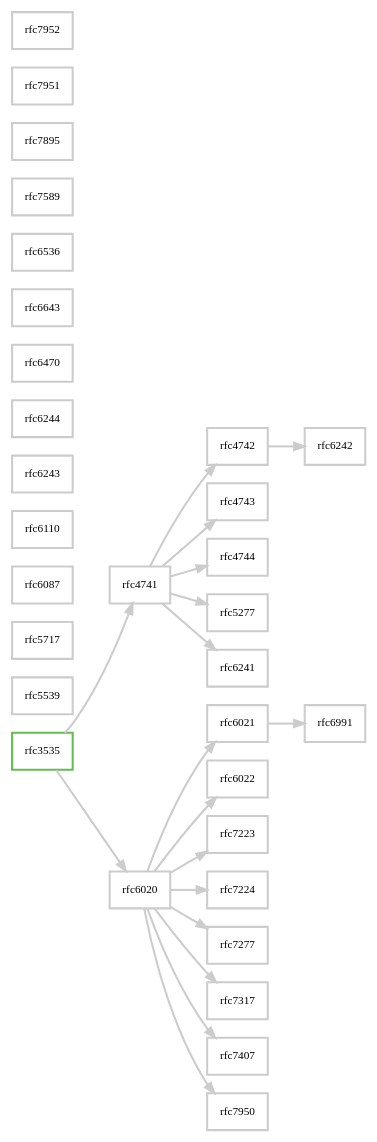
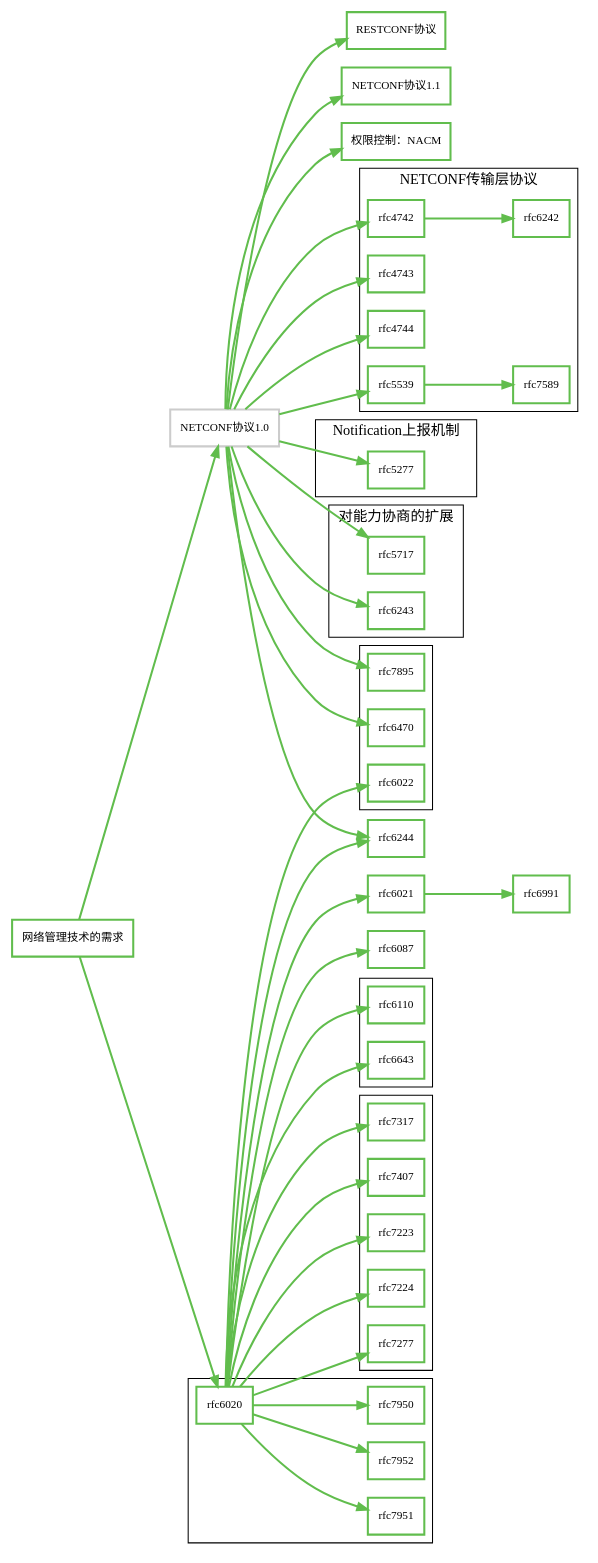
One commit to peipeiguo/netconf-roadmap changed the diagram in dot/netconf-roadmap.dot. Above: the diagram before and after it, drawn with Graphviz.

Commit message:
update the content

```diff
--- a/dot/netconf-roadmap.dot
+++ b/dot/netconf-roadmap.dot
@@ -1,53 +1,131 @@
 digraph roadmap {
     rankdir=LR;
+    charset="UTF-8";
+    node [shape=rectangle, fontname="SimSun"]; /* size="20,20" */
     /*dpi=400;*/
-    rfc3535 [shape=rectangle, href="https://tools.ietf.org/html/rfc3535", fontsize=11, color="#61BD4D", label="rfc3535", penwidth=2];
-    rfc4741 [shape=rectangle, href="https://tools.ietf.org/html/rfc4741", fontsize=11, color="#cccccc", label="rfc4741", penwidth=2];
-    rfc4742 [shape=rectangle, href="https://tools.ietf.org/html/rfc4742", fontsize=11, color="#cccccc", label="rfc4742", penwidth=2];
-    rfc4743 [shape=rectangle, href="https://tools.ietf.org/html/rfc4743", fontsize=11, color="#cccccc", label="rfc4743", penwidth=2];
-    rfc4744 [shape=rectangle, href="https://tools.ietf.org/html/rfc4744", fontsize=11, color="#cccccc", label="rfc4744", penwidth=2];
-    rfc5277 [shape=rectangle, href="https://tools.ietf.org/html/rfc5277", fontsize=11, color="#cccccc", label="rfc5277", penwidth=2];
-    rfc5539 [shape=rectangle, href="https://tools.ietf.org/html/rfc5539", fontsize=11, color="#cccccc", label="rfc5539", penwidth=2];
-    rfc5717 [shape=rectangle, href="https://tools.ietf.org/html/rfc5717", fontsize=11, color="#cccccc", label="rfc5717", penwidth=2];    
-    rfc6020 [shape=rectangle, href="https://tools.ietf.org/html/rfc6020", fontsize=11, color="#cccccc", label="rfc6020", penwidth=2];
-    rfc6021 [shape=rectangle, href="https://tools.ietf.org/html/rfc6021", fontsize=11, color="#cccccc", label="rfc6021", penwidth=2];
-    rfc6022 [shape=rectangle, href="https://tools.ietf.org/html/rfc6022", fontsize=11, color="#cccccc", label="rfc6022", penwidth=2];
-    rfc6087 [shape=rectangle, href="https://tools.ietf.org/html/rfc6087", fontsize=11, color="#cccccc", label="rfc6087", penwidth=2];
-    rfc6110 [shape=rectangle, href="https://tools.ietf.org/html/rfc6110", fontsize=11, color="#cccccc", label="rfc6110", penwidth=2];    
-    rfc6241 [shape=rectangle, href="https://tools.ietf.org/html/rfc6241", fontsize=11, color="#cccccc", label="rfc6241", penwidth=2];
-    rfc6242 [shape=rectangle, href="https://tools.ietf.org/html/rfc6242", fontsize=11, color="#cccccc", label="rfc6242", penwidth=2];
-    rfc6243 [shape=rectangle, href="https://tools.ietf.org/html/rfc6243", fontsize=11, color="#cccccc", label="rfc6243", penwidth=2];
-    rfc6244 [shape=rectangle, href="https://tools.ietf.org/html/rfc6244", fontsize=11, color="#cccccc", label="rfc6244", penwidth=2];
-    rfc6470 [shape=rectangle, href="https://tools.ietf.org/html/rfc6470", fontsize=11, color="#cccccc", label="rfc6470", penwidth=2];
-    rfc6643 [shape=rectangle, href="https://tools.ietf.org/html/rfc6643", fontsize=11, color="#cccccc", label="rfc6643", penwidth=2];
-    rfc6536 [shape=rectangle, href="https://tools.ietf.org/html/rfc6536", fontsize=11, color="#cccccc", label="rfc6536", penwidth=2];
-    rfc6991 [shape=rectangle, href="https://tools.ietf.org/html/rfc6991", fontsize=11, color="#cccccc", label="rfc6991", penwidth=2];
-    rfc7223 [shape=rectangle, href="https://tools.ietf.org/html/rfc7223", fontsize=11, color="#cccccc", label="rfc7223", penwidth=2];
-    rfc7224 [shape=rectangle, href="https://tools.ietf.org/html/rfc7224", fontsize=11, color="#cccccc", label="rfc7224", penwidth=2];
-    rfc7277 [shape=rectangle, href="https://tools.ietf.org/html/rfc7277", fontsize=11, color="#cccccc", label="rfc7277", penwidth=2];
-    rfc7317 [shape=rectangle, href="https://tools.ietf.org/html/rfc7317", fontsize=11, color="#cccccc", label="rfc7317", penwidth=2];
-    rfc7407 [shape=rectangle, href="https://tools.ietf.org/html/rfc7407", fontsize=11, color="#cccccc", label="rfc7407", penwidth=2];
-    rfc7589 [shape=rectangle, href="https://tools.ietf.org/html/rfc7589", fontsize=11, color="#cccccc", label="rfc7589", penwidth=2];
-    rfc7895 [shape=rectangle, href="https://tools.ietf.org/html/rfc7895", fontsize=11, color="#cccccc", label="rfc7895", penwidth=2];
-    rfc7950 [shape=rectangle, href="https://tools.ietf.org/html/rfc7950", fontsize=11, color="#cccccc", label="rfc7950", penwidth=2];
-    rfc7951 [shape=rectangle, href="https://tools.ietf.org/html/rfc7951", fontsize=11, color="#cccccc", label="rfc7951", penwidth=2];
-    rfc7952 [shape=rectangle, href="https://tools.ietf.org/html/rfc7952", fontsize=11, color="#cccccc", label="rfc7952", penwidth=2];
+    rfc3535 [shape=rectangle, href="https://tools.ietf.org/html/rfc3535", fontsize=11, color="#61BD4D", label="网络管理技术的需求", penwidth=2];
+    rfc4741 [shape=rectangle, href="https://tools.ietf.org/html/rfc4741", fontsize=11, color="#CCCCCC", label="NETCONF协议1.0", penwidth=2];
+    rfc4742 [shape=rectangle, href="https://tools.ietf.org/html/rfc4742", fontsize=11, color="#61BD4D", label="rfc4742", penwidth=2];
+    rfc4743 [shape=rectangle, href="https://tools.ietf.org/html/rfc4743", fontsize=11, color="#61BD4D", label="rfc4743", penwidth=2];
+    rfc4744 [shape=rectangle, href="https://tools.ietf.org/html/rfc4744", fontsize=11, color="#61BD4D", label="rfc4744", penwidth=2];
+    rfc5277 [shape=rectangle, href="https://tools.ietf.org/html/rfc5277", fontsize=11, color="#61BD4D", label="rfc5277", penwidth=2];
+    rfc5539 [shape=rectangle, href="https://tools.ietf.org/html/rfc5539", fontsize=11, color="#61BD4D", label="rfc5539", penwidth=2];
+    rfc5717 [shape=rectangle, href="https://tools.ietf.org/html/rfc5717", fontsize=11, color="#61BD4D", label="rfc5717", penwidth=2];    
+    rfc6020 [shape=rectangle, href="https://tools.ietf.org/html/rfc6020", fontsize=11, color="#61BD4D", label="rfc6020", penwidth=2];   /* YANG - A Data Modeling Language for the Network Configuration Protocol (NETCONF) */
+    rfc6021 [shape=rectangle, href="https://tools.ietf.org/html/rfc6021", fontsize=11, color="#61BD4D", label="rfc6021", penwidth=2];
+    rfc6022 [shape=rectangle, href="https://tools.ietf.org/html/rfc6022", fontsize=11, color="#61BD4D", label="rfc6022", penwidth=2];
+    rfc6087 [shape=rectangle, href="https://tools.ietf.org/html/rfc6087", fontsize=11, color="#61BD4D", label="rfc6087", penwidth=2];
+    rfc6110 [shape=rectangle, href="https://tools.ietf.org/html/rfc6110", fontsize=11, color="#61BD4D", label="rfc6110", penwidth=2];    
+    rfc6241 [shape=rectangle, href="https://tools.ietf.org/html/rfc6241", fontsize=11, color="#61BD4D", label="NETCONF协议1.1", penwidth=2];
+    rfc6242 [shape=rectangle, href="https://tools.ietf.org/html/rfc6242", fontsize=11, color="#61BD4D", label="rfc6242", penwidth=2];
+    rfc6243 [shape=rectangle, href="https://tools.ietf.org/html/rfc6243", fontsize=11, color="#61BD4D", label="rfc6243", penwidth=2];
+    rfc6244 [shape=rectangle, href="https://tools.ietf.org/html/rfc6244", fontsize=11, color="#61BD4D", label="rfc6244", penwidth=2];
+    rfc6470 [shape=rectangle, href="https://tools.ietf.org/html/rfc6470", fontsize=11, color="#61BD4D", label="rfc6470", penwidth=2];
+    rfc6643 [shape=rectangle, href="https://tools.ietf.org/html/rfc6643", fontsize=11, color="#61BD4D", label="rfc6643", penwidth=2];
+    rfc6536 [shape=rectangle, href="https://tools.ietf.org/html/rfc6536", fontsize=11, color="#61BD4D", label="权限控制：NACM", penwidth=2];
+    rfc6991 [shape=rectangle, href="https://tools.ietf.org/html/rfc6991", fontsize=11, color="#61BD4D", label="rfc6991", penwidth=2];   /* Common YANG Data Types */
+    rfc7223 [shape=rectangle, href="https://tools.ietf.org/html/rfc7223", fontsize=11, color="#61BD4D", label="rfc7223", penwidth=2];   /* A YANG Data Model for Interface Management */
+    rfc7224 [shape=rectangle, href="https://tools.ietf.org/html/rfc7224", fontsize=11, color="#61BD4D", label="rfc7224", penwidth=2];   /* IANA Interface Type YANG Module */
+    rfc7277 [shape=rectangle, href="https://tools.ietf.org/html/rfc7277", fontsize=11, color="#61BD4D", label="rfc7277", penwidth=2];   /* A YANG Data Model for IP Management */
+    rfc7317 [shape=rectangle, href="https://tools.ietf.org/html/rfc7317", fontsize=11, color="#61BD4D", label="rfc7317", penwidth=2];   /* A YANG Data Model for System Management */
+    rfc7407 [shape=rectangle, href="https://tools.ietf.org/html/rfc7407", fontsize=11, color="#61BD4D", label="rfc7407", penwidth=2];   /* A YANG Data Model for SNMP Configuration */
+    rfc7589 [shape=rectangle, href="https://tools.ietf.org/html/rfc7589", fontsize=11, color="#61BD4D", label="rfc7589", penwidth=2];
+    rfc7895 [shape=rectangle, href="https://tools.ietf.org/html/rfc7895", fontsize=11, color="#61BD4D", label="rfc7895", penwidth=2];   /* YANG Module Library */
+    rfc7950 [shape=rectangle, href="https://tools.ietf.org/html/rfc7950", fontsize=11, color="#61BD4D", label="rfc7950", penwidth=2];   /* The YANG 1.1 Data Modeling Language */
+    rfc7951 [shape=rectangle, href="https://tools.ietf.org/html/rfc7951", fontsize=11, color="#61BD4D", label="rfc7951", penwidth=2];   /* JSON Encoding of Data Modeled with YANG */
+    rfc7952 [shape=rectangle, href="https://tools.ietf.org/html/rfc7952", fontsize=11, color="#61BD4D", label="rfc7952", penwidth=2];   /* Defining and Using Metadata with YANG */
+    draft_ietf_restconf [shape=rectangle, href="https://tools.ietf.org/html/rfc7952", fontsize=11, color="#61BD4D", label="RESTCONF协议", penwidth=2];
 
-    rfc3535 -> rfc4741  [color="#CCCCCC", fontsize=11, penwidth=2];
-    rfc3535 -> rfc6020  [color="#CCCCCC", fontsize=11, penwidth=2];
-    rfc4741 -> rfc4742  [color="#CCCCCC", fontsize=11, penwidth=2];
-    rfc4741 -> rfc4743  [color="#CCCCCC", fontsize=11, penwidth=2];
-    rfc4741 -> rfc4744  [color="#CCCCCC", fontsize=11, penwidth=2];
-    rfc4741 -> rfc6241  [color="#CCCCCC", fontsize=11, penwidth=2];
-    rfc4741 -> rfc5277  [color="#CCCCCC", fontsize=11, penwidth=2];
-    rfc4742 -> rfc6242  [color="#CCCCCC", fontsize=11, penwidth=2];
-    rfc6020 -> rfc6021  [color="#CCCCCC", fontsize=11, penwidth=2];
-    rfc6020 -> rfc6022  [color="#CCCCCC", fontsize=11, penwidth=2];
-    rfc6020 -> rfc7950  [color="#CCCCCC", fontsize=11, penwidth=2];
-    rfc6020 -> rfc7223  [color="#CCCCCC", fontsize=11, penwidth=2];
-    rfc6020 -> rfc7224  [color="#CCCCCC", fontsize=11, penwidth=2];
-    rfc6020 -> rfc7277  [color="#CCCCCC", fontsize=11, penwidth=2];
-    rfc6020 -> rfc7317  [color="#CCCCCC", fontsize=11, penwidth=2];
-    rfc6020 -> rfc7407  [color="#CCCCCC", fontsize=11, penwidth=2];
-    rfc6021 -> rfc6991  [color="#CCCCCC", fontsize=11, penwidth=2];
+    rfc3535 -> rfc4741  [color="#61BD4D", fontsize=11, penwidth=2];
+    rfc3535 -> rfc6020  [color="#61BD4D", fontsize=11, penwidth=2];
+    rfc4741 -> rfc4742  [color="#61BD4D", fontsize=11, penwidth=2];
+    rfc4741 -> rfc4743  [color="#61BD4D", fontsize=11, penwidth=2];
+    rfc4741 -> rfc4744  [color="#61BD4D", fontsize=11, penwidth=2];
+    rfc4741 -> rfc6241  [color="#61BD4D", fontsize=11, penwidth=2];
+    rfc4741 -> rfc5277  [color="#61BD4D", fontsize=11, penwidth=2];
+    rfc4741 -> rfc5539  [color="#61BD4D", fontsize=11, penwidth=2];
+    rfc4741 -> rfc5717  [color="#61BD4D", fontsize=11, penwidth=2];
+    rfc4741 -> rfc6243  [color="#61BD4D", fontsize=11, penwidth=2];
+    rfc4741 -> rfc6470  [color="#61BD4D", fontsize=11, penwidth=2];
+    rfc4741 -> rfc6536  [color="#61BD4D", fontsize=11, penwidth=2];
+    rfc4741 -> rfc7895  [color="#61BD4D", fontsize=11, penwidth=2];
+    rfc4741 -> draft_ietf_restconf  [color="#61BD4D", fontsize=11, penwidth=2];
+    rfc4742 -> rfc6242  [color="#61BD4D", fontsize=11, penwidth=2];
+    rfc5539 -> rfc7589  [color="#61BD4D", fontsize=11, penwidth=2];
+    rfc6020 -> rfc6021  [color="#61BD4D", fontsize=11, penwidth=2];
+    rfc6020 -> rfc6022  [color="#61BD4D", fontsize=11, penwidth=2];
+    rfc6020 -> rfc6110  [color="#61BD4D", fontsize=11, penwidth=2];
+    rfc6020 -> rfc6643  [color="#61BD4D", fontsize=11, penwidth=2];
+    rfc6020 -> rfc7950  [color="#61BD4D", fontsize=11, penwidth=2];
+    rfc6020 -> rfc7223  [color="#61BD4D", fontsize=11, penwidth=2];
+    rfc6020 -> rfc7224  [color="#61BD4D", fontsize=11, penwidth=2];
+    rfc6020 -> rfc7277  [color="#61BD4D", fontsize=11, penwidth=2];
+    rfc6020 -> rfc7317  [color="#61BD4D", fontsize=11, penwidth=2];
+    rfc6020 -> rfc7407  [color="#61BD4D", fontsize=11, penwidth=2];
+    rfc6020 -> rfc7951  [color="#61BD4D", fontsize=11, penwidth=2];
+    rfc6020 -> rfc7952  [color="#61BD4D", fontsize=11, penwidth=2];
+    rfc6021 -> rfc6991  [color="#61BD4D", fontsize=11, penwidth=2];
+    rfc6020 -> rfc6244  [color="#61BD4D", fontsize=11, penwidth=2];
+    rfc4741 -> rfc6244  [color="#61BD4D", fontsize=11, penwidth=2];
+    rfc6020 -> rfc6087  [color="#61BD4D", fontsize=11, penwidth=2];
+    
+    subgraph cluster_nc_ext {
+        label="对能力协商的扩展";
+        rfc5717;
+        rfc6243;
+    }
+    
+    subgraph cluster_nc_transport {
+        label="NETCONF传输层协议";
+        rfc4742;
+        rfc4743;
+        rfc4744;
+        rfc5539;
+        rfc6242;
+        rfc7589;
+    }
+    
+    subgraph cluster_nc_notification {
+        label="Notification上报机制"
+        rfc5277;
+        /*rfc5277bis;*/
+        /*draft_yang_push;*/
+        /*draft_event_notification;*/
+    }
+    
+    /* The following RFCs define the YANG language and some basic extensions */
+    subgraph cluster_yang_spec {
+        rfc6020;
+        rfc7950;
+        rfc7951;
+        rfc7952;
+    }
+    
+    /* The YANG modules */
+    /* 机制的YANG模型 */
+    subgraph cluster_nc_yang {
+        rfc6022;
+        rfc6470;
+        rfc7895;
+        /*draft;*/
+    }
+    
+    /* 业务的YANG模型 */
+    subgraph cluster_app_yang {
+        rfc7223;
+        rfc7224;
+        rfc7277;
+        rfc7317;
+        rfc7407;
+        /*draft_acl;*/
+        /*draft_routing;*/
+        /*draft_syslog;*/
+        /*draft_entity;*/
+        /*draft_if_ext;*/
+    }
+    
+    subgraph cluster_yang_convertion {
+        rfc6110;
+        rfc6643;
+    }
 }
```
